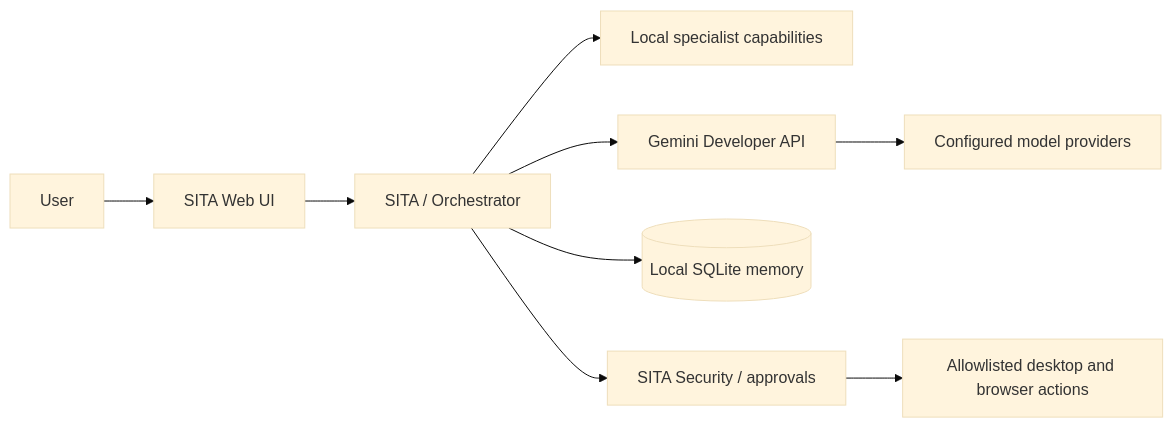
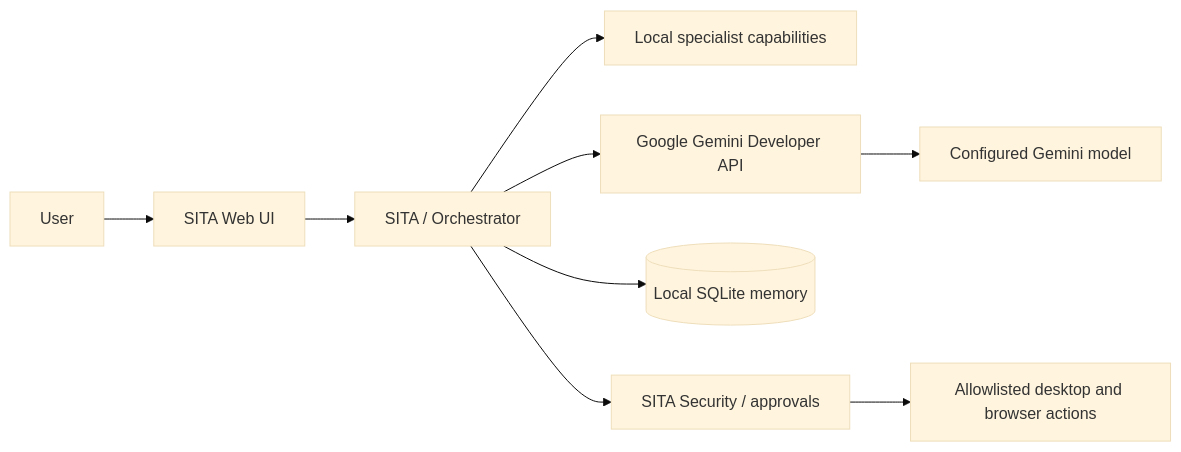
Before and after one commit to deathkernel/SITA: the first of 12 diagrams in README.md, drawn with Mermaid (base theme). The commit also changed other lines of this file, not shown here.

Commit message:
Fix README Gemini inference architecture diagrams

````diff
--- a/README.md
+++ b/README.md
@@ -330,11 +330,11 @@
 ```mermaid
 flowchart LR
   User[User] --> UI[SITA Web UI]
   UI --> App[SITA / Orchestrator]
   App --> Specialists[Local specialist capabilities]
-  App --> Gateway[Gemini Developer API]
-  Gateway --> Providers[Configured model providers]
+  App --> Gemini[Google Gemini Developer API]
+  Gemini --> Model[Configured Gemini model]
   App --> SQLite[(Local SQLite memory)]
   App --> Security[SITA Security / approvals]
   Security --> Tools[Allowlisted desktop and browser actions]
 ```
````
